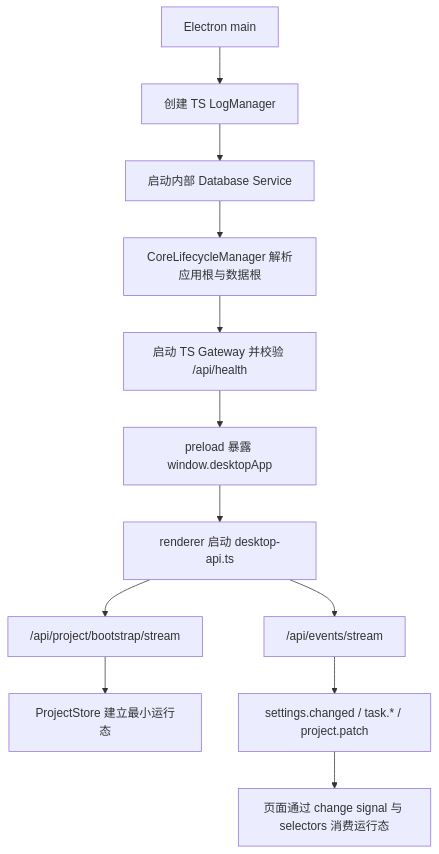
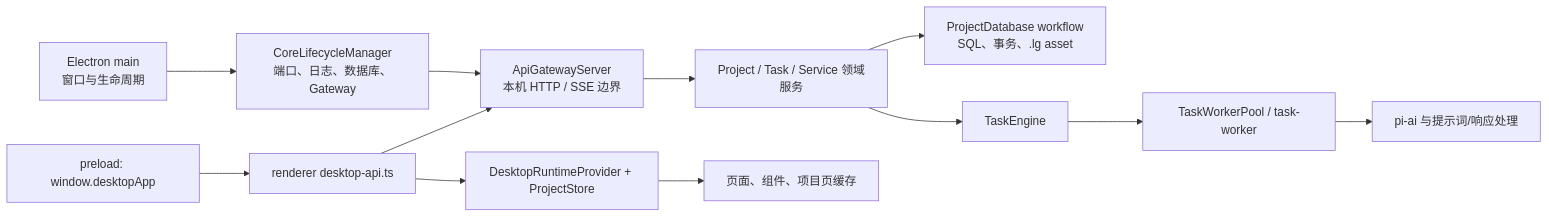
One commit to neavo/LinguaGacha changed the first of 3 diagrams in docs/ARCHITECTURE.md. Above: the diagram before and after it, drawn with Mermaid. The commit also changed other lines of this file and 670 other files, not shown here.

````diff
--- a/docs/ARCHITECTURE.md
+++ b/docs/ARCHITECTURE.md
@@ -53,14 +17,14 @@
 ```mermaid
-flowchart TD
-    A["Electron main"] --> L["创建 TS LogManager"]
-    L --> S["启动内部 Database Service"]
-    S --> B["CoreLifecycleManager 解析应用根与数据根"]
-    B --> T["启动 TS Gateway 并校验 /api/health"]
-    T --> E["preload 暴露 window.desktopApp"]
-    E --> F["renderer 启动 desktop-api.ts"]
-    F --> G["/api/project/bootstrap/stream"]
-    G --> H["ProjectStore 建立最小运行态"]
-    F --> I["/api/events/stream"]
-    I --> J["settings.changed / task.* / project.patch"]
-    J --> K["页面通过 change signal 与 selectors 消费运行态"]
+flowchart LR
+  A["Electron main<br/>窗口与生命周期"] --> B["CoreLifecycleManager<br/>端口、日志、数据库、Gateway"]
+  B --> C["ApiGatewayServer<br/>本机 HTTP / SSE 边界"]
+  C --> D["Project / Task / Service 领域服务"]
+  D --> E["ProjectDatabase workflow<br/>SQL、事务、.lg asset"]
+  D --> F["TaskEngine"]
+  F --> G["TaskWorkerPool / task-worker"]
+  G --> H["pi-ai 与提示词/响应处理"]
+  I["preload: window.desktopApp"] --> J["renderer desktop-api.ts"]
+  J --> C
+  J --> K["DesktopRuntimeProvider + ProjectStore"]
+  K --> L["页面、组件、项目页缓存"]
 ```
````
